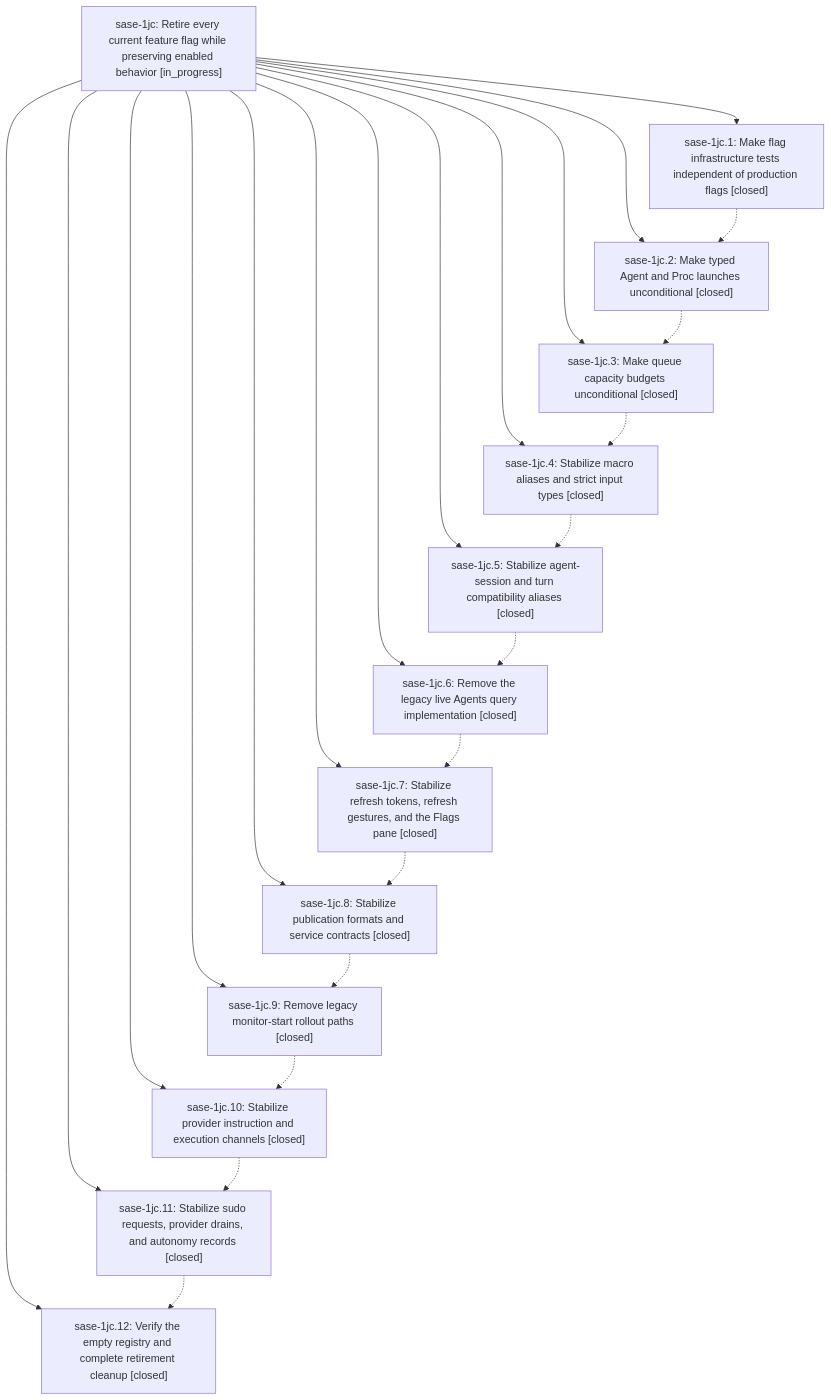
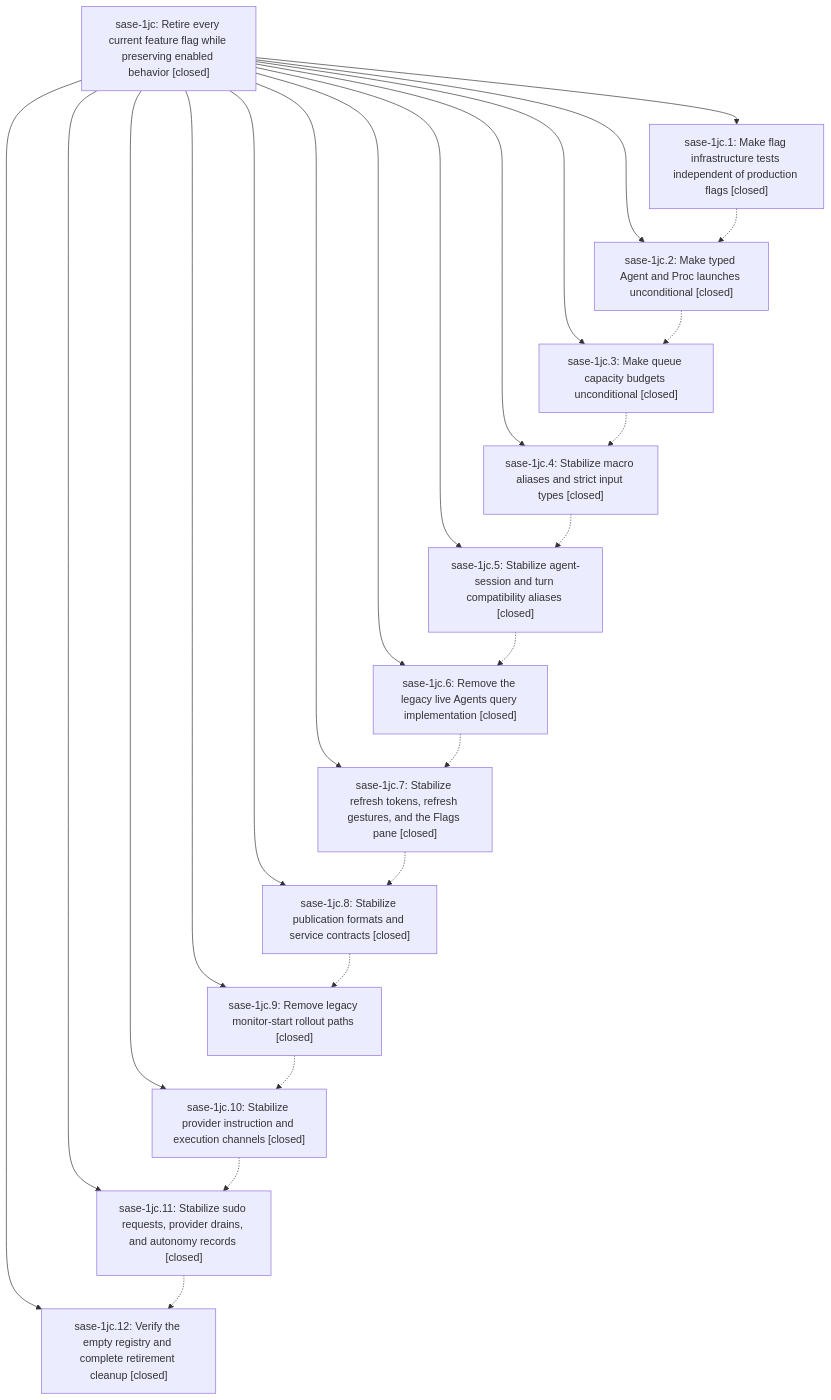
The diagram in pages/sase-1jc/README.md (sase-org/sase--beads), drawn with Mermaid before and after one commit. The commit also changed other lines of this file, not shown here.

First line of the commit message:
chore(beads): sync bead state and pages for sase-1jc

````diff
--- a/pages/sase-1jc/README.md
+++ b/pages/sase-1jc/README.md
@@ -63,39 +73,39 @@
 ```mermaid
 flowchart TD
-    n0["sase-1jc: Retire every current feature flag while preserving enabled behavior [in_progress]"]
+    n0["sase-1jc: Retire every current feature flag while preserving enabled behavior [closed]"]
     n1["sase-1jc.1: Make flag infrastructure tests independent of production flags [closed]"]
     n2["sase-1jc.10: Stabilize provider instruction and execution channels [closed]"]
     n3["sase-1jc.11: Stabilize sudo requests, provider drains, and autonomy records [closed]"]
     n4["sase-1jc.12: Verify the empty registry and complete retirement cleanup [closed]"]
     n5["sase-1jc.2: Make typed Agent and Proc launches unconditional [closed]"]
     n6["sase-1jc.3: Make queue capacity budgets unconditional [closed]"]
     n7["sase-1jc.4: Stabilize macro aliases and strict input types [closed]"]
     n8["sase-1jc.5: Stabilize agent-session and turn compatibility aliases [closed]"]
     n9["sase-1jc.6: Remove the legacy live Agents query implementation [closed]"]
     n10["sase-1jc.7: Stabilize refresh tokens, refresh gestures, and the Flags pane [closed]"]
     n11["sase-1jc.8: Stabilize publication formats and service contracts [closed]"]
     n12["sase-1jc.9: Remove legacy monitor-start rollout paths [closed]"]
     n0 --> n1
     n0 --> n2
     n0 --> n3
     n0 --> n4
     n0 --> n5
     n0 --> n6
     n0 --> n7
     n0 --> n8
     n0 --> n9
     n0 --> n10
     n0 --> n11
     n0 --> n12
     n1 -.-> n5
     n2 -.-> n3
     n3 -.-> n4
     n5 -.-> n6
     n6 -.-> n7
     n7 -.-> n8
     n8 -.-> n9
     n9 -.-> n10
     n10 -.-> n11
     n11 -.-> n12
     n12 -.-> n2
 ```
````
